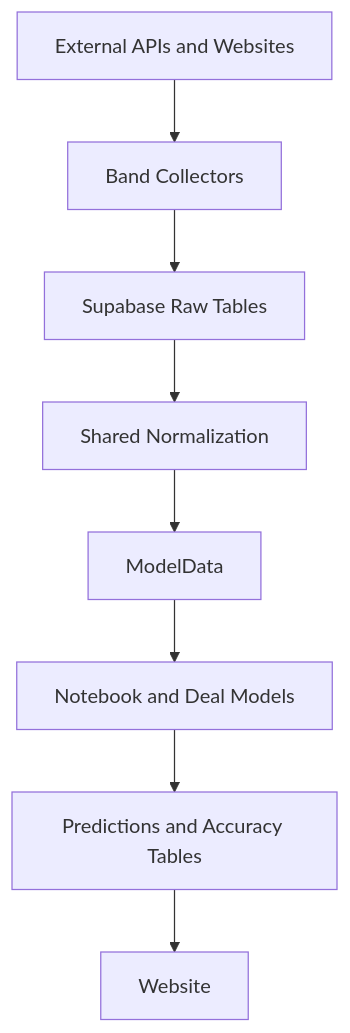
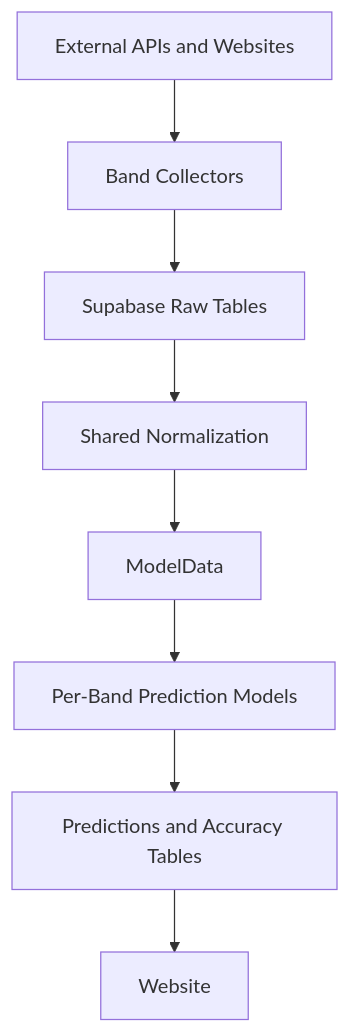
Before and after one commit to connorkitchings/JamBandNerd: the diagram in docs/contributor/developer_guide/architecture.md, drawn with Mermaid. The commit also changed other lines of this file and 9 other files, not shown here.

First line of the commit message:
docs: kick off single-model-per-band architecture pivot

````diff
--- a/docs/contributor/developer_guide/architecture.md
+++ b/docs/contributor/developer_guide/architecture.md
@@ -16,19 +16,19 @@
 ```mermaid
 graph TD
     A[External APIs and Websites]
     B[Band Collectors]
     C[Supabase Raw Tables]
     D[Shared Normalization]
     E[ModelData]
-    F[Notebook and Deal Models]
+    F[Per-Band Prediction Models]
     G[Predictions and Accuracy Tables]
     H[Website]
 
     A --> B
     B --> C
     C --> D
     D --> E
     E --> F
     F --> G
     G --> H
 ```
````
